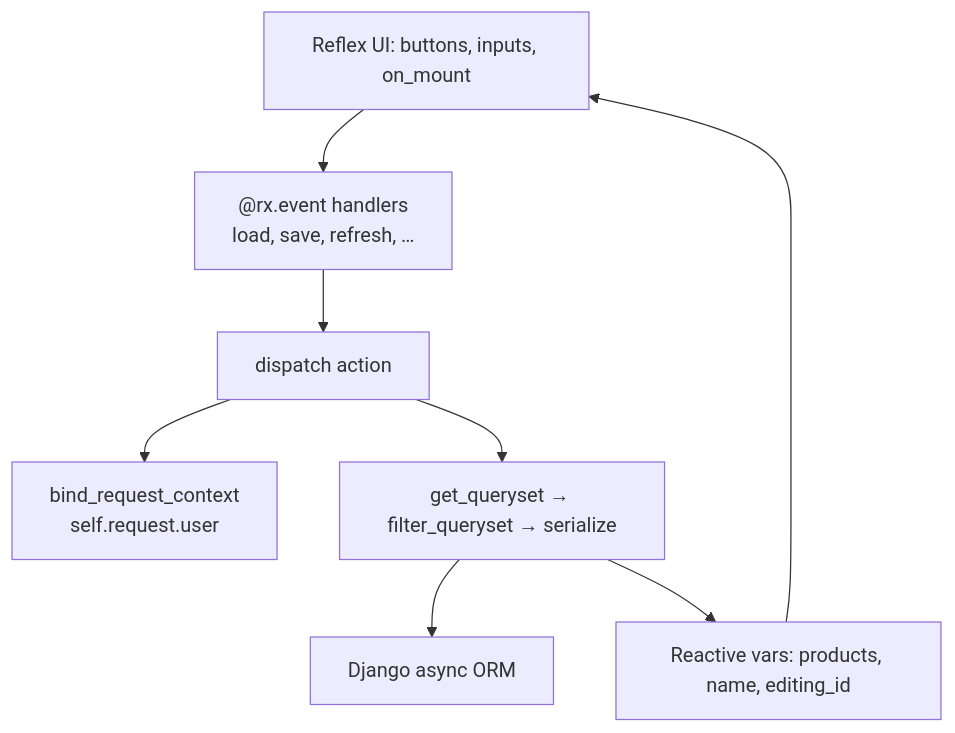
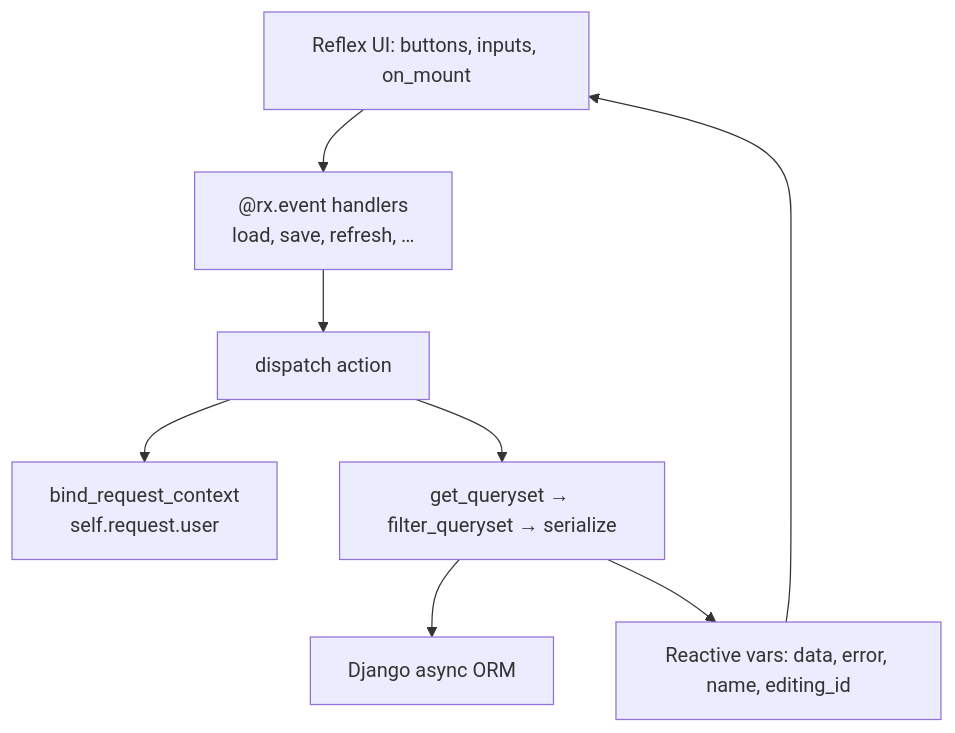
One commit to web7ai/reflex-django changed the first of 2 diagrams in docs/reactive_model_state.md. Above: the diagram before and after it, drawn with Mermaid. The commit also changed other lines of this file and 14 other files, not shown here.

````diff
--- a/docs/reactive_model_state.md
+++ b/docs/reactive_model_state.md
@@ -26,18 +26,18 @@
 ```mermaid
 flowchart TB
   UI[Reflex UI: buttons, inputs, on_mount]
   Events["@rx.event handlers\nload, save, refresh, …"]
   Dispatch[dispatch action]
   Bridge[bind_request_context\nself.request.user]
   Hooks[get_queryset → filter_queryset → serialize]
   ORM[Django async ORM]
-  Vars[Reactive vars: products, name, editing_id]
+  Vars[Reactive vars: data, error, name, editing_id]
 
   UI --> Events
   Events --> Dispatch
   Dispatch --> Bridge
   Dispatch --> Hooks
   Hooks --> ORM
   Hooks --> Vars
   Vars --> UI
 ```
````
